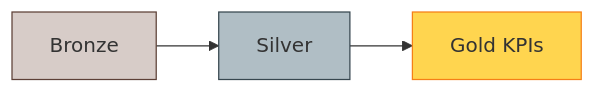
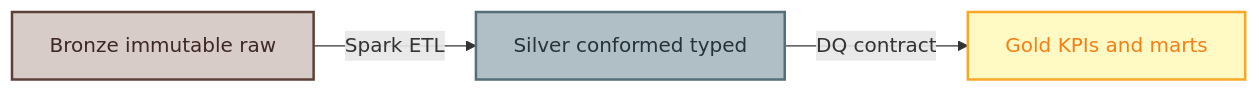
One commit to willtran112358/airline-domain-data-platform changed the third of 5 diagrams in README.md. Above: the diagram before and after it, drawn with Mermaid. The commit also changed other lines of this file and 6 other files, not shown here.

First line of the commit message:
Fix Mermaid render errors and improve diagram visuals

````diff
--- a/README.md
+++ b/README.md
@@ -135,12 +160,13 @@
 ```mermaid
 flowchart LR
-    classDef bronze fill:#d7ccc8,stroke:#5d4037
-    classDef silver fill:#b0bec5,stroke:#37474f
-    classDef gold fill:#ffd54f,stroke:#f57f17
+    classDef bronze fill:#d7ccc8,stroke:#5d4037,stroke-width:2px,color:#3e2723
+    classDef silver fill:#b0bec5,stroke:#546e7a,stroke-width:2px,color:#263238
+    classDef gold fill:#fff9c4,stroke:#f9a825,stroke-width:2px,color:#f57f17
 
-    B["Bronze"]:::bronze
-    S["Silver"]:::silver
-    G["Gold KPIs"]:::gold
+    B["Bronze immutable raw"]:::bronze
+    S["Silver conformed typed"]:::silver
+    G["Gold KPIs and marts"]:::gold
 
-    B --> S --> G
+    B -->|"Spark ETL"| S
+    S -->|"DQ contract"| G
 ```
````
